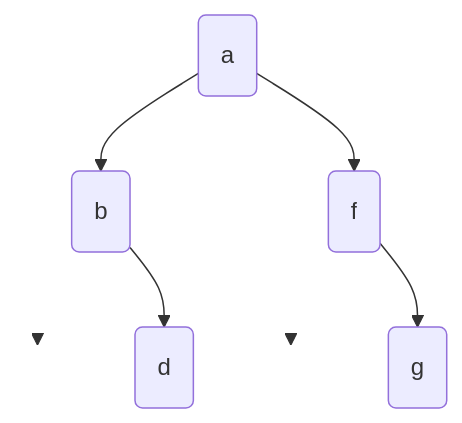
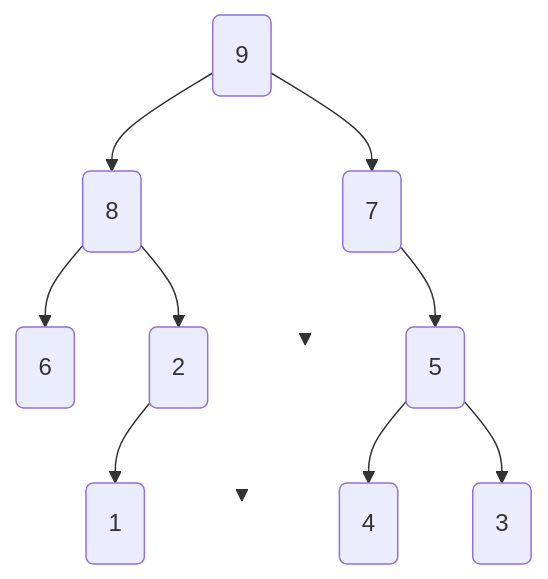
One commit to nsimeyroneinc/NSITerm2024 changed the diagram in docs/StructureDonnees/test.md. Above: the diagram before and after it, drawn with Mermaid. The commit also changed other lines of this file and 17 other files, not shown here.

````diff
--- a/docs/StructureDonnees/test.md
+++ b/docs/StructureDonnees/test.md
@@ -32,13 +1,17 @@
 ```mermaid
-graph TD
-    A("a") --> B("b") 
-    B --> d(" ")
-    B --> d1("d")
-    A --> F("f")
-    F --> G(" ")
-    F --> G1("g")
-    linkStyle 1 stroke-width:0px;
-    style d opacity:0;
-    linkStyle 4 stroke-width:0px;
+graph TD  
+    A(9) --> B(8) 
+    B --> C(6)
+    B --> D(2)
+    A --> E(7)
+    D --> F(1)
+    D --> G(" ")
+    E --> H(" ")
+    E --> I(5)
+    I --> J(4)
+    I --> K(3)
+    linkStyle 5 stroke-width:0px;
     style G opacity:0;
+    linkStyle 6 stroke-width:0px;
+    style H opacity:0;
 ```
````
